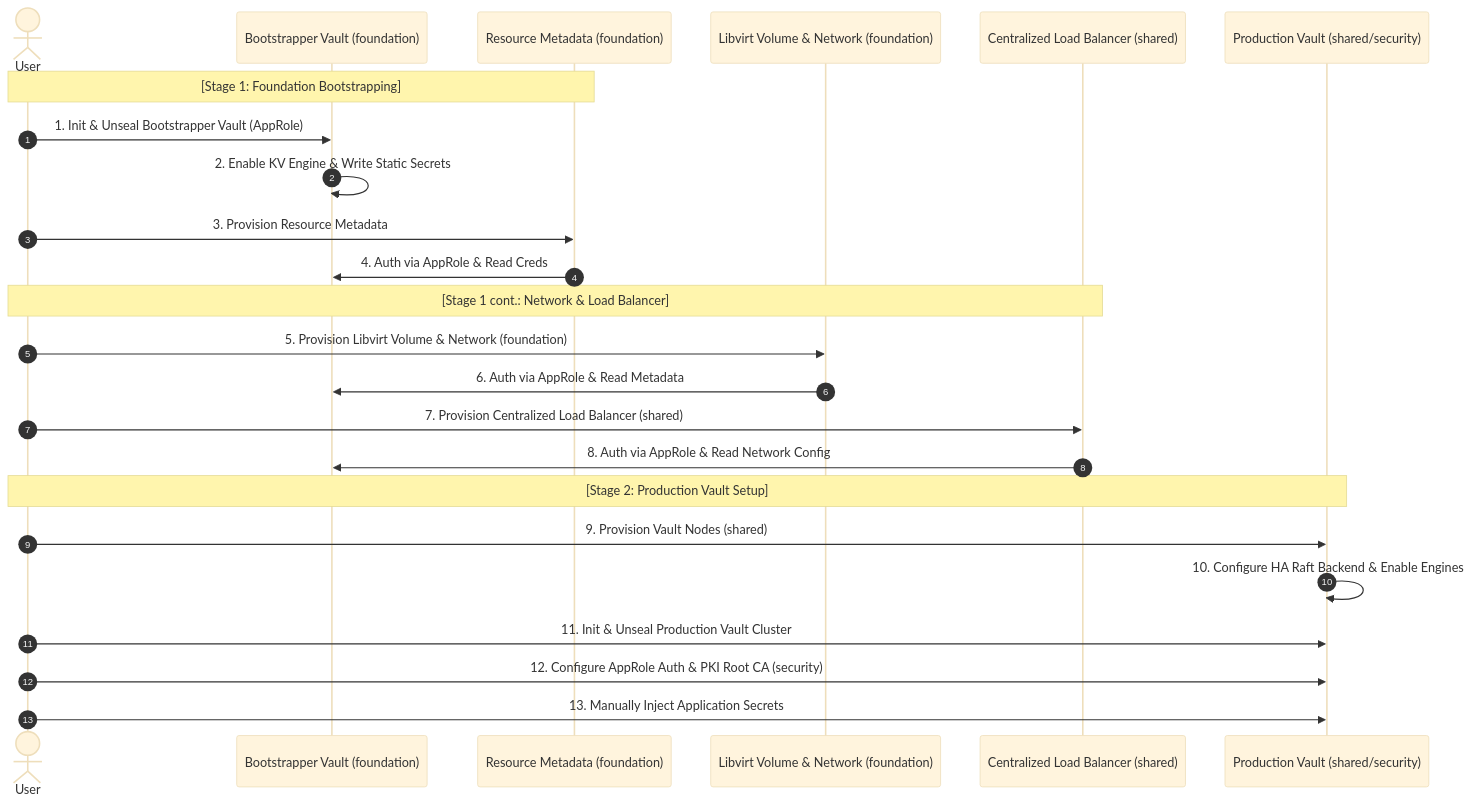
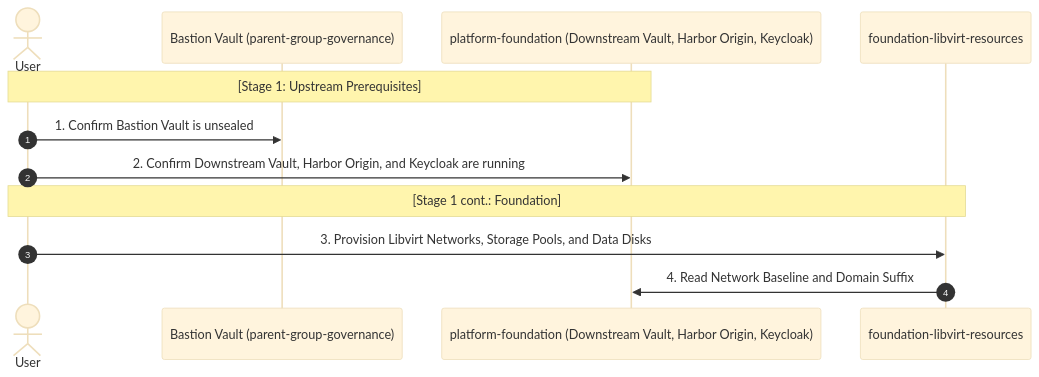
Before and after one commit to csning1998/on-premise-gitlab-deployment: the first of 2 diagrams in documentation/en/architecture/deployment-workflow.md, drawn with Mermaid (base theme). The commit also changed other lines of this file and 65 other files, not shown here.

````diff
--- a/documentation/en/architecture/deployment-workflow.md
+++ b/documentation/en/architecture/deployment-workflow.md
@@ -9,29 +9,16 @@
 ```mermaid
 sequenceDiagram
     autonumber
     actor User
-    participant Boot as Bootstrapper Vault (foundation)
-    participant Meta as Resource Metadata (foundation)
-    participant LV as Libvirt Volume & Network (foundation)
-    participant LB as Centralized Load Balancer (shared)
-    participant Prod as Production Vault (shared/security)
+    participant Bastion as Bastion Vault (parent-group-governance)
+    participant Platform as platform-foundation (Downstream Vault, Harbor Origin, Keycloak)
+    participant Found as foundation-libvirt-resources
 
-    Note over User, Meta: [Stage 1: Foundation Bootstrapping]
-    User->>Boot: 1. Init & Unseal Bootstrapper Vault (AppRole)
-    Boot->>Boot: 2. Enable KV Engine & Write Static Secrets
-    User->>Meta: 3. Provision Resource Metadata
-    Meta->>Boot: 4. Auth via AppRole & Read Creds
+    Note over User, Platform: [Stage 1: Upstream Prerequisites]
+    User->>Bastion: 1. Confirm Bastion Vault is unsealed
+    User->>Platform: 2. Confirm Downstream Vault, Harbor Origin, and Keycloak are running
 
-    Note over User, LB: [Stage 1 cont.: Network & Load Balancer]
-    User->>LV: 5. Provision Libvirt Volume & Network (foundation)
-    LV->>Boot: 6. Auth via AppRole & Read Metadata
-    User->>LB: 7. Provision Centralized Load Balancer (shared)
-    LB->>Boot: 8. Auth via AppRole & Read Network Config
-
-    Note over User, Prod: [Stage 2: Production Vault Setup]
-    User->>Prod: 9. Provision Vault Nodes (shared)
-    Prod->>Prod: 10. Configure HA Raft Backend & Enable Engines
-    User->>Prod: 11. Init & Unseal Production Vault Cluster
-    User->>Prod: 12. Configure AppRole Auth & PKI Root CA (security)
-    User->>Prod: 13. Manually Inject Application Secrets
+    Note over User, Found: [Stage 1 cont.: Foundation]
+    User->>Found: 3. Provision Libvirt Networks, Storage Pools, and Data Disks
+    Found->>Platform: 4. Read Network Baseline and Domain Suffix
 ```
````
